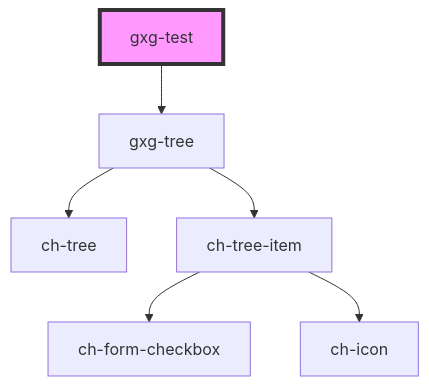
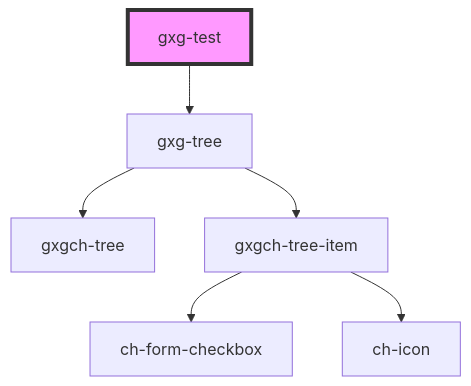
Before and after one commit to genexuslabs/gemini: the diagram in src/components/test/readme.md, drawn with Mermaid. The commit also changed 16 other files, not shown here.

Commit message:
create gxgch tree

````diff
--- a/src/components/test/readme.md
+++ b/src/components/test/readme.md
@@ -19,9 +19,9 @@
 ```mermaid
 graph TD;
   gxg-test --> gxg-tree
-  gxg-tree --> ch-tree
-  gxg-tree --> ch-tree-item
-  ch-tree-item --> ch-form-checkbox
-  ch-tree-item --> ch-icon
+  gxg-tree --> gxgch-tree
+  gxg-tree --> gxgch-tree-item
+  gxgch-tree-item --> ch-form-checkbox
+  gxgch-tree-item --> ch-icon
   style gxg-test fill:#f9f,stroke:#333,stroke-width:4px
 ```
````
